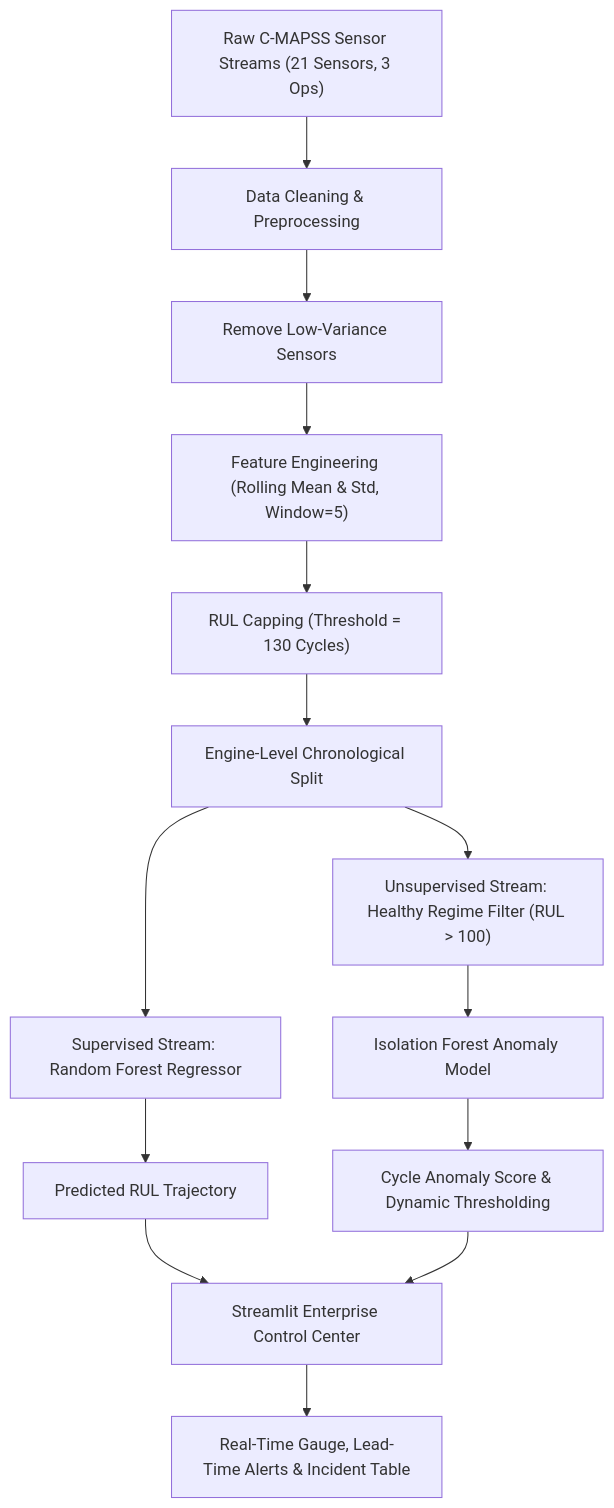
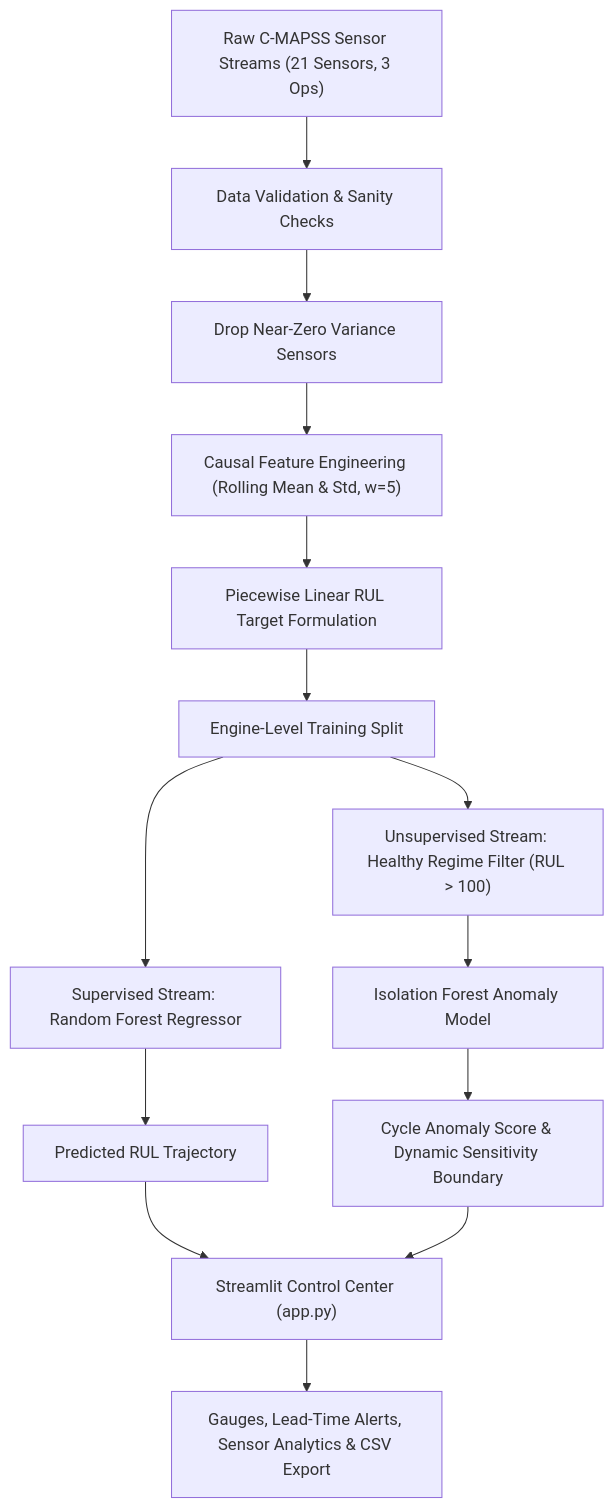
Before and after one commit to Vedant04-tech/nasa-turbofan-predictive-maintenance-ai: the diagram in README.md, drawn with Mermaid. The commit also changed other lines of this file and 27 other files, not shown here.

````diff
--- a/README.md
+++ b/README.md
@@ -31,19 +30,19 @@
 ```mermaid
 flowchart TD
-    A["Raw C-MAPSS Sensor Streams (21 Sensors, 3 Ops)"] --> B["Data Cleaning & Preprocessing"]
-    B --> C["Remove Low-Variance Sensors"]
-    C --> D["Feature Engineering (Rolling Mean & Std, Window=5)"]
-    D --> E["RUL Capping (Threshold = 130 Cycles)"]
+    A["Raw C-MAPSS Sensor Streams (21 Sensors, 3 Ops)"] --> B["Data Validation & Sanity Checks"]
+    B --> C["Drop Near-Zero Variance Sensors"]
+    C --> D["Causal Feature Engineering (Rolling Mean & Std, w=5)"]
+    D --> E["Piecewise Linear RUL Target Formulation"]
     
-    E --> F["Engine-Level Chronological Split"]
+    E --> F["Engine-Level Training Split"]
     F --> G["Supervised Stream: Random Forest Regressor"]
     F --> H["Unsupervised Stream: Healthy Regime Filter (RUL > 100)"]
     H --> I["Isolation Forest Anomaly Model"]
     
     G --> J["Predicted RUL Trajectory"]
-    I --> K["Cycle Anomaly Score & Dynamic Thresholding"]
+    I --> K["Cycle Anomaly Score & Dynamic Sensitivity Boundary"]
     
-    J --> L["Streamlit Enterprise Control Center"]
+    J --> L["Streamlit Control Center (app.py)"]
     K --> L
-    L --> M["Real-Time Gauge, Lead-Time Alerts & Incident Table"]
+    L --> M["Gauges, Lead-Time Alerts, Sensor Analytics & CSV Export"]
 ```
````
